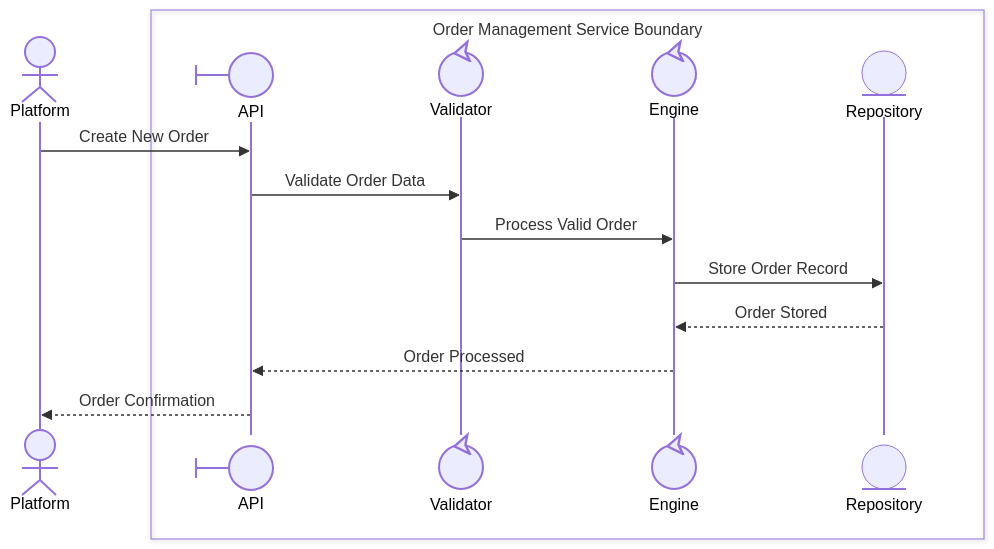
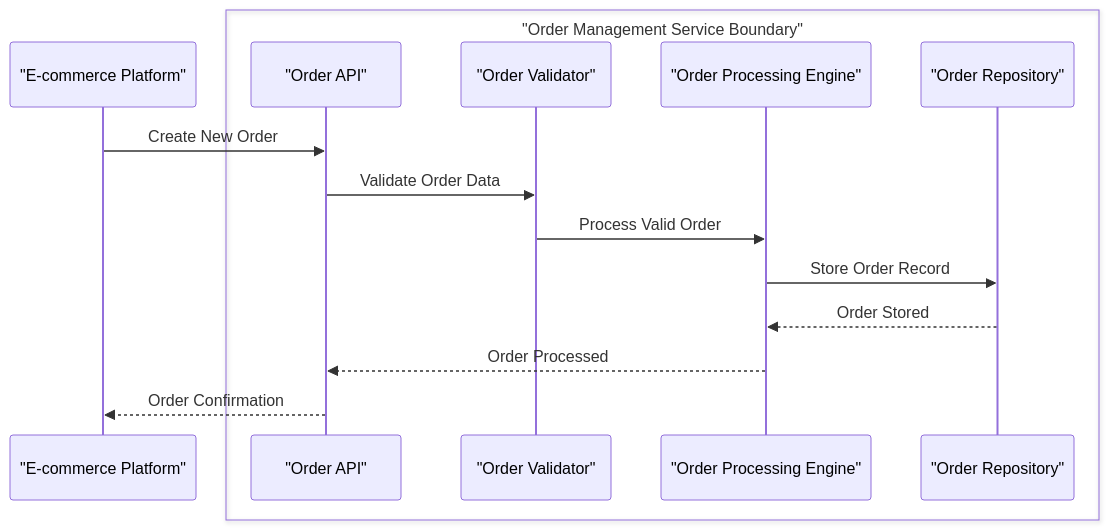
The fifth of 6 diagrams in .github/skills/hierarchy-management/references/decomposition-patterns.md (zhongadamwang/AI_Slowcooker), drawn with Mermaid before and after one commit. The commit also changed other lines of this file and 6 other files, not shown here.

````diff
--- a/.github/skills/hierarchy-management/references/decomposition-patterns.md
+++ b/.github/skills/hierarchy-management/references/decomposition-patterns.md
@@ -161,19 +165,20 @@
 ```mermaid
 sequenceDiagram
-    participant Platform@{ "type": "actor", "label": "E-commerce Platform" }
+    %% Stereotypes: Platform=actor | API=boundary, Validator=control, Engine=control, Repository=entity
+    participant Platform as "E-commerce Platform"
 
-    box Order Management Service Boundary
-        participant API@{ "type": "boundary", "label": "Order API" }
-        participant Validator@{ "type": "control", "label": "Order Validator" }
-        participant Engine@{ "type": "control", "label": "Order Processing Engine" }
-        participant Repository@{ "type": "entity", "label": "Order Repository" }
+    box "Order Management Service Boundary"
+        participant API as "Order API"
+        participant Validator as "Order Validator"
+        participant Engine as "Order Processing Engine"
+        participant Repository as "Order Repository"
     end
 
     Platform->>API: Create New Order
     API->>Validator: Validate Order Data
     Validator->>Engine: Process Valid Order
     Engine->>Repository: Store Order Record
     Repository-->>Engine: Order Stored
     Engine-->>API: Order Processed
     API-->>Platform: Order Confirmation
 ```
````
